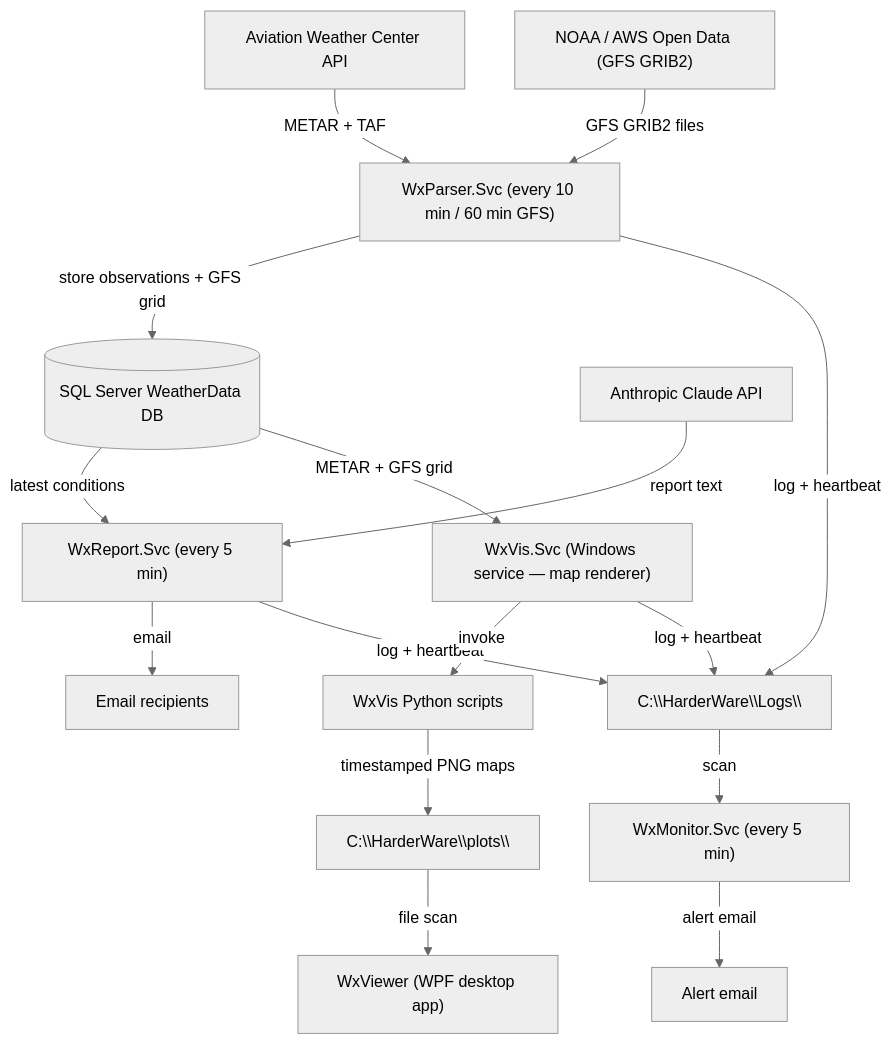
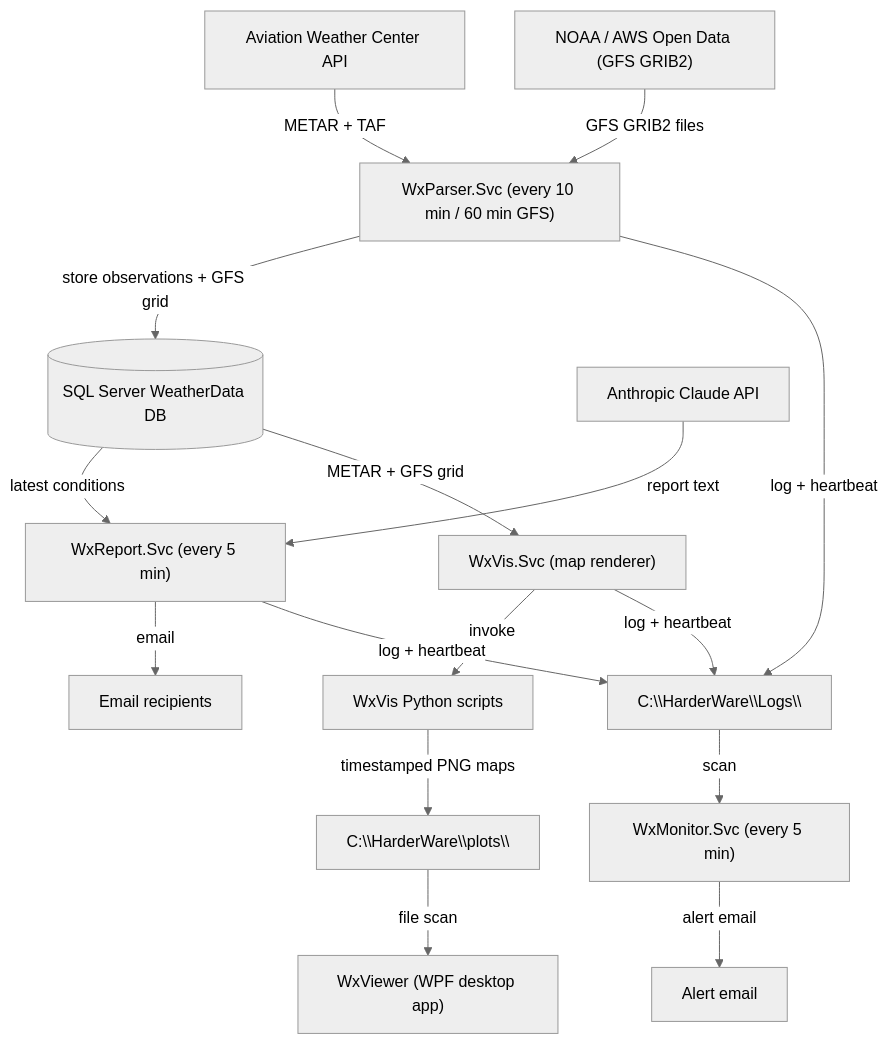
The first of 8 diagrams in WxServices/DESIGN.md (PaulHarder2/HarderWare), drawn with Mermaid (neutral theme) before and after one commit. The commit also changed other lines of this file and 12 other files, not shown here.

First line of the commit message:
WX-65: containerize WxVis.Svc (Step 3 of WX-7)

````diff
--- a/WxServices/DESIGN.md
+++ b/WxServices/DESIGN.md
@@ -70,39 +70,39 @@
 ```mermaid
 flowchart TD
     AWC["Aviation Weather Center API"]
     DB[("SQL Server WeatherData DB")]
     CLAUDE["Anthropic Claude API"]
     RECIPIENTS["Email recipients"]
     ALERTS["Alert email"]
     LOGS["C:\\HarderWare\\Logs\\"]
 
     NOMADS["NOAA / AWS Open Data (GFS GRIB2)"]
     PARSER["WxParser.Svc (every 10 min / 60 min GFS)"]
     REPORT["WxReport.Svc (every 5 min)"]
     MONITOR["WxMonitor.Svc (every 5 min)"]
 
-    WVISSVC["WxVis.Svc (Windows service — map renderer)"]
+    WVISSVC["WxVis.Svc (map renderer)"]
     WXVIS["WxVis Python scripts"]
     PLOTS["C:\\HarderWare\\plots\\"]
     VIEWER["WxViewer (WPF desktop app)"]
 
     AWC -->|METAR + TAF| PARSER
     NOMADS -->|GFS GRIB2 files| PARSER
     PARSER -->|store observations + GFS grid| DB
     PARSER -->|log + heartbeat| LOGS
 
     DB -->|latest conditions| REPORT
     CLAUDE -->|report text| REPORT
     REPORT -->|email| RECIPIENTS
     REPORT -->|log + heartbeat| LOGS
 
     DB -->|METAR + GFS grid| WVISSVC
     WVISSVC -->|invoke| WXVIS
     WXVIS -->|timestamped PNG maps| PLOTS
     WVISSVC -->|log + heartbeat| LOGS
 
     PLOTS -->|file scan| VIEWER
 
     LOGS -->|scan| MONITOR
     MONITOR -->|alert email| ALERTS
 ```
````
